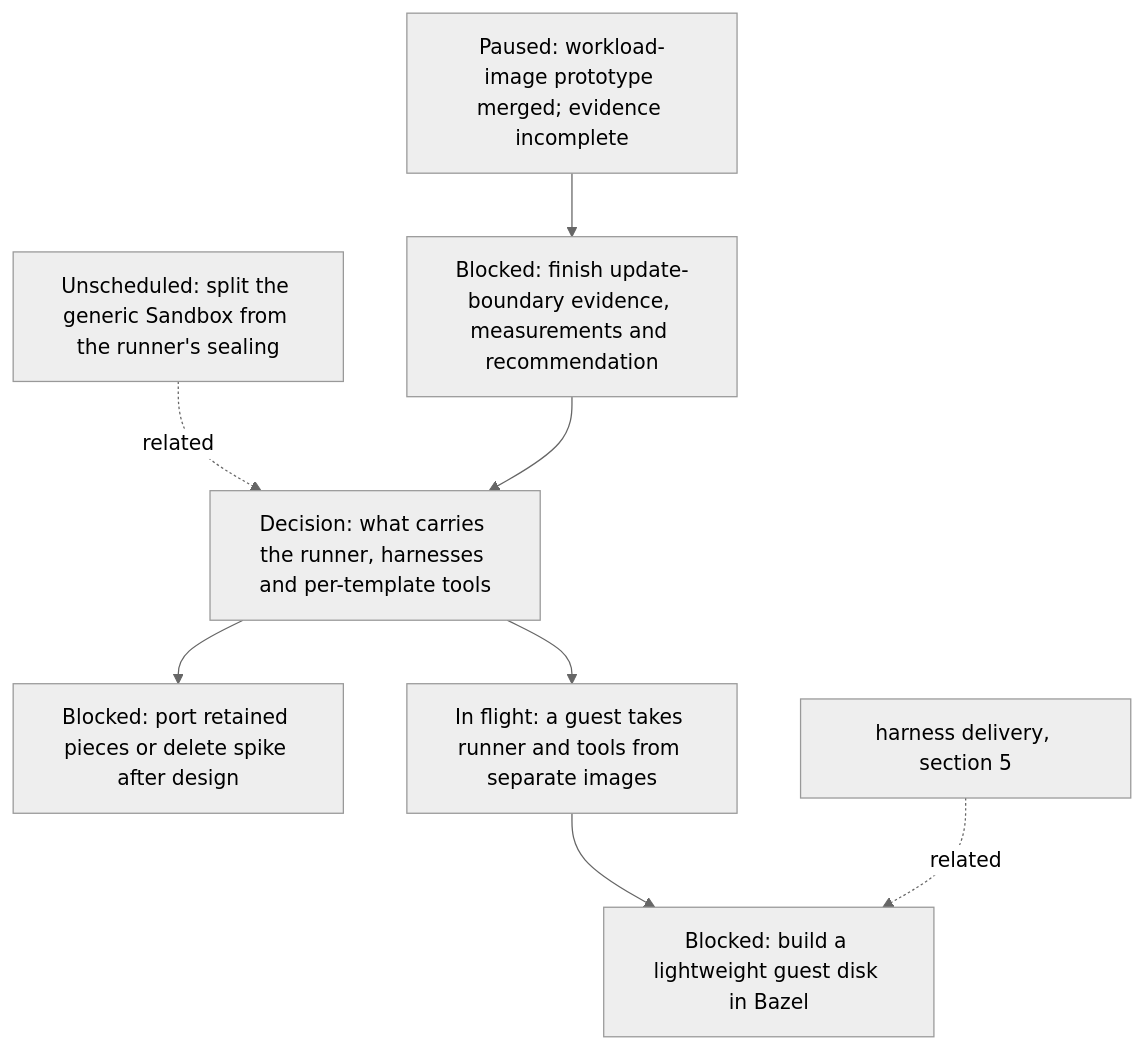
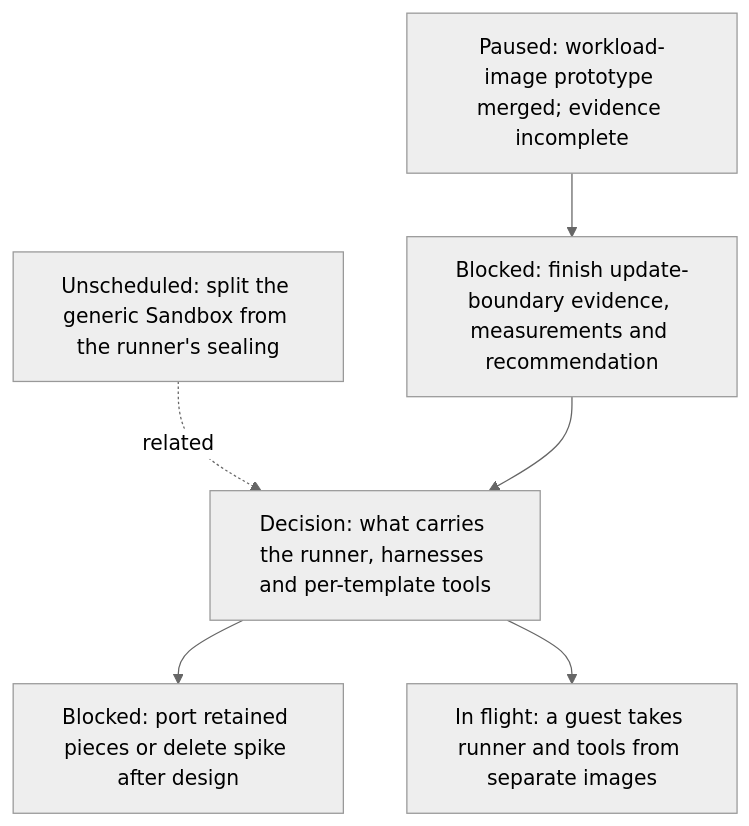
One commit to agentydragon-agent/ducktape changed diagram 11 of 19 in agentplane/plans/task_dag.md. Above: the diagram before and after it, drawn with Mermaid (neutral theme). The commit also changed other lines of this file and 22 other files, not shown here.

````diff
--- a/agentplane/plans/task_dag.md
+++ b/agentplane/plans/task_dag.md
@@ -1249,15 +1247,13 @@
 ```mermaid
 flowchart TD
     SANDBOX_GENERIC_SPLIT[Unscheduled: split the generic Sandbox from the runner's sealing]
     RUNNER_IMAGE_LAYERING_DESIGN[Decision: what carries the runner, harnesses and per-template tools]
     RUNNER_LAYERING_SPIKE[Paused: workload-image prototype merged; evidence incomplete]
     RUNNER_LAYERING_SPIKE_EXIT[Blocked: finish update-boundary evidence, measurements and recommendation]
     RUNNER_LAYERING_SPIKE_RETIRE[Blocked: port retained pieces or delete spike after design]
     SANDBOX_GENERIC_SPLIT -. related .-> RUNNER_IMAGE_LAYERING_DESIGN
     RUNNER_LAYERING_SPIKE --> RUNNER_LAYERING_SPIKE_EXIT
     RUNNER_LAYERING_SPIKE_EXIT --> RUNNER_IMAGE_LAYERING_DESIGN
     RUNNER_IMAGE_LAYERING_DESIGN --> RUNNER_LAYERING_SPIKE_RETIRE
     RUNNER_IMAGE_LAYERING_DESIGN --> RUNNER_LAYERING_VM[In flight: a guest takes runner and tools from separate images]
-    RUNNER_LAYERING_VM --> K3S_VM_IMAGE[Blocked: build a lightweight guest disk in Bazel]
-    RUNNER_HARNESS_DELIVERY_DESIGN[harness delivery, section 5] -. related .-> K3S_VM_IMAGE
 ```
````
